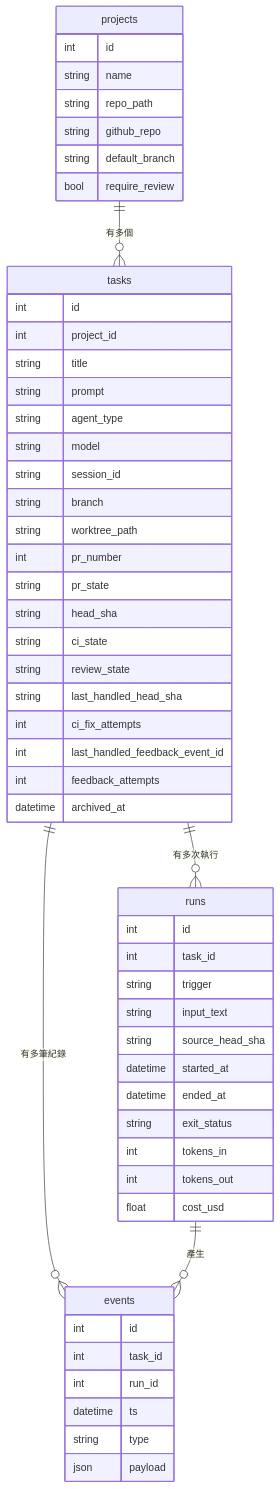
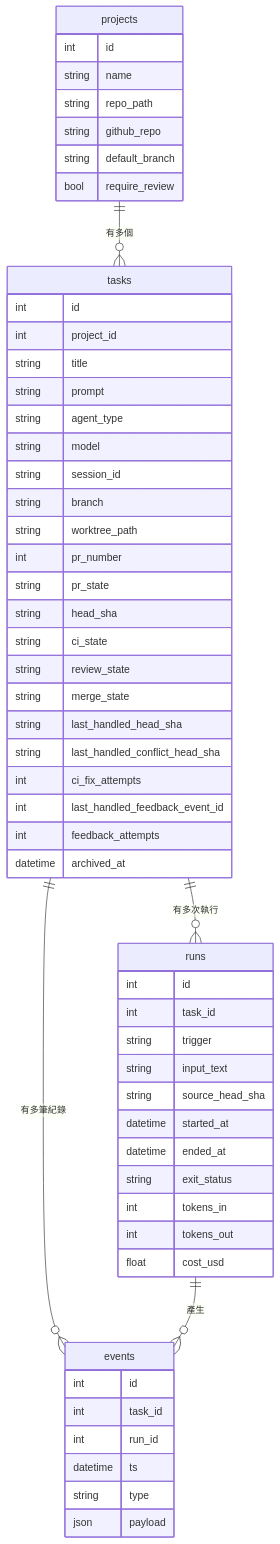
The fifth of 18 diagrams in docs/06-diagrams.md (ppoozine/agent-supervisor), drawn with Mermaid before and after one commit. The commit also changed other lines of this file and 5 other files, not shown here.

Commit message:
docs(spec): describe merge conflict handling

````diff
--- a/docs/06-diagrams.md
+++ b/docs/06-diagrams.md
@@ -176,58 +176,60 @@
 ```mermaid
 erDiagram
     projects ||--o{ tasks : "有多個"
     tasks ||--o{ runs : "有多次執行"
     tasks ||--o{ events : "有多筆紀錄"
     runs ||--o{ events : "產生"
 
     projects {
         int id
         string name
         string repo_path
         string github_repo
         string default_branch
         bool require_review
     }
     tasks {
         int id
         int project_id
         string title
         string prompt
         string agent_type
         string model
         string session_id
         string branch
         string worktree_path
         int pr_number
         string pr_state
         string head_sha
         string ci_state
         string review_state
+        string merge_state
         string last_handled_head_sha
+        string last_handled_conflict_head_sha
         int ci_fix_attempts
         int last_handled_feedback_event_id
         int feedback_attempts
         datetime archived_at
     }
     runs {
         int id
         int task_id
         string trigger
         string input_text
         string source_head_sha
         datetime started_at
         datetime ended_at
         string exit_status
         int tokens_in
         int tokens_out
         float cost_usd
     }
     events {
         int id
         int task_id
         int run_id
         datetime ts
         string type
         json payload
     }
 ```
````
